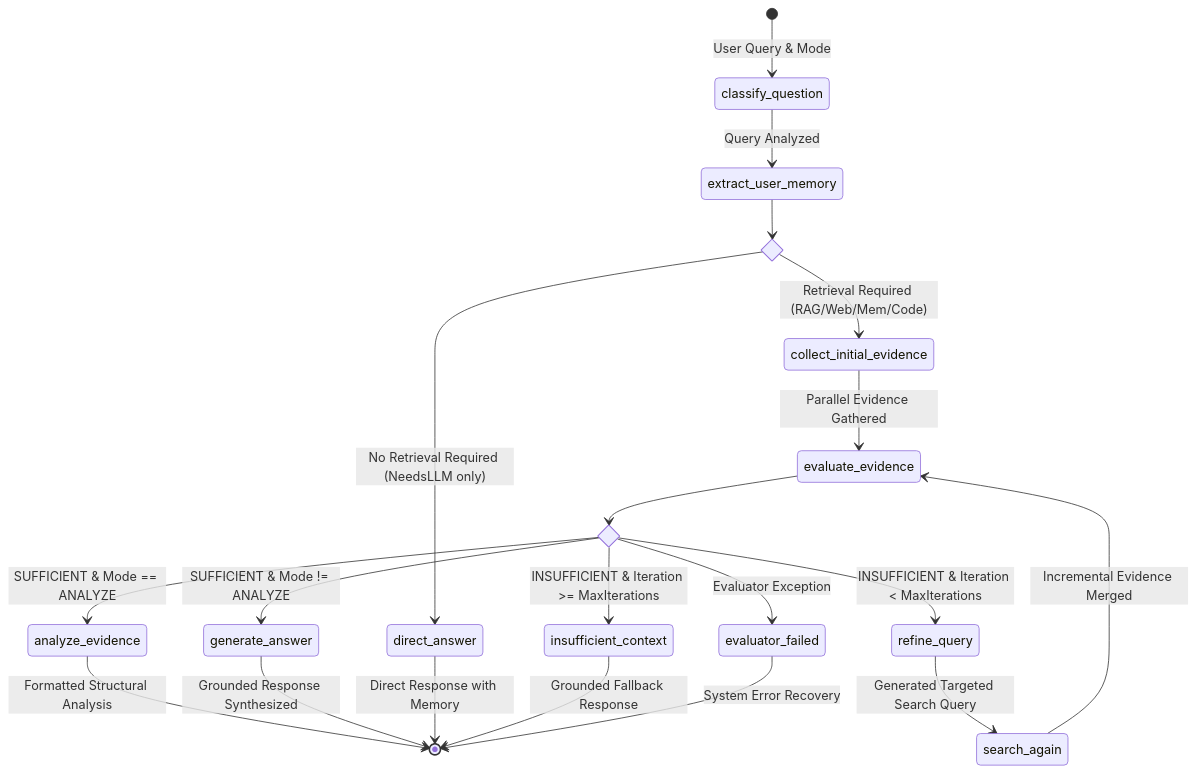
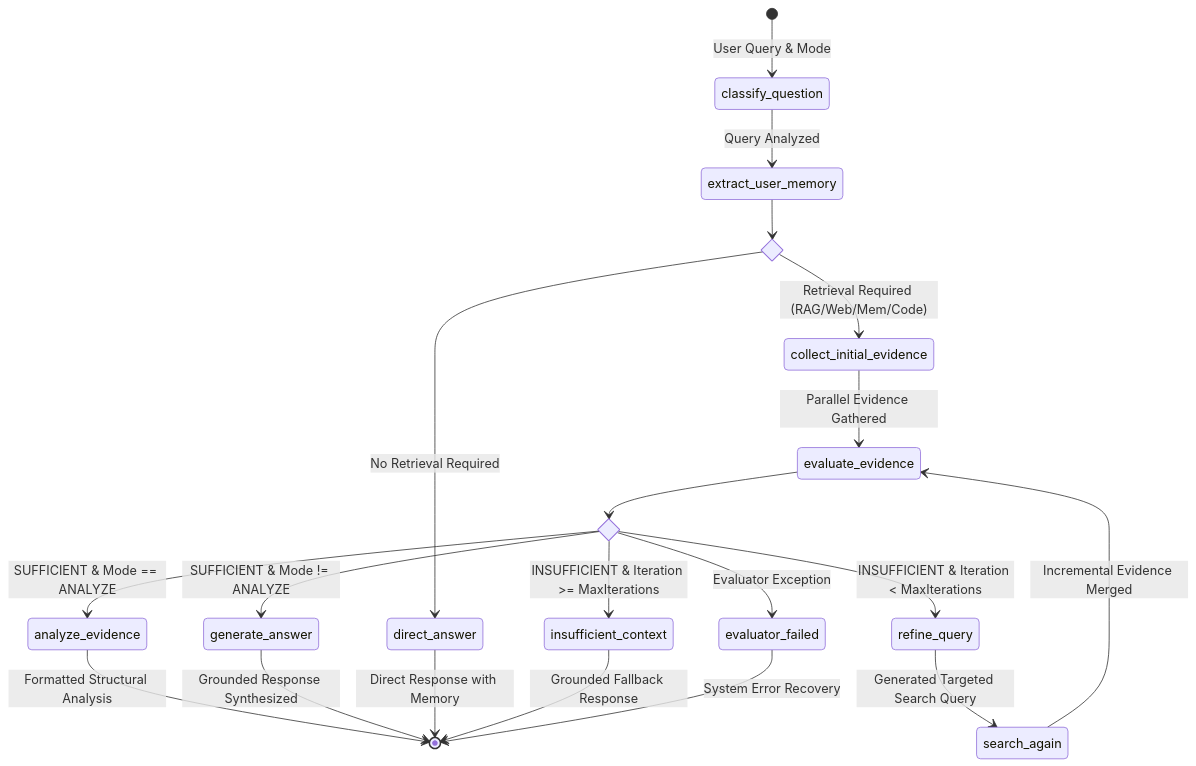
Before and after one commit to Mahesh5f4/Nexora: the third of 4 diagrams in README.md, drawn with Mermaid. The commit also changed other lines of this file and 11 other files, not shown here.

Commit message:
feat(seo): implement technical SEO, Open Graph, JSON-LD, sitemap, and dynamic route metadata

````diff
--- a/README.md
+++ b/README.md
@@ -179,31 +192,31 @@
 ```mermaid
 stateDiagram-v2
     [*] --> classify_question: User Query & Mode
     
     classify_question --> extract_user_memory: Query Analyzed
     
     state Decision <<choice>>
     extract_user_memory --> Decision
-    Decision --> direct_answer: No Retrieval Required (NeedsLLM only)
+    Decision --> direct_answer: No Retrieval Required
     Decision --> collect_initial_evidence: Retrieval Required (RAG/Web/Mem/Code)
 
     collect_initial_evidence --> evaluate_evidence: Parallel Evidence Gathered
 
     state EvaluationRouting <<choice>>
     evaluate_evidence --> EvaluationRouting
     
     EvaluationRouting --> analyze_evidence: SUFFICIENT & Mode == ANALYZE
     EvaluationRouting --> generate_answer: SUFFICIENT & Mode != ANALYZE
     EvaluationRouting --> refine_query: INSUFFICIENT & Iteration < MaxIterations
     EvaluationRouting --> insufficient_context: INSUFFICIENT & Iteration >= MaxIterations
     EvaluationRouting --> evaluator_failed: Evaluator Exception
 
     refine_query --> search_again: Generated Targeted Search Query
     search_again --> evaluate_evidence: Incremental Evidence Merged
 
     analyze_evidence --> [*]: Formatted Structural Analysis
     generate_answer --> [*]: Grounded Response Synthesized
     direct_answer --> [*]: Direct Response with Memory
     insufficient_context --> [*]: Grounded Fallback Response
     evaluator_failed --> [*]: System Error Recovery
 ```
````
